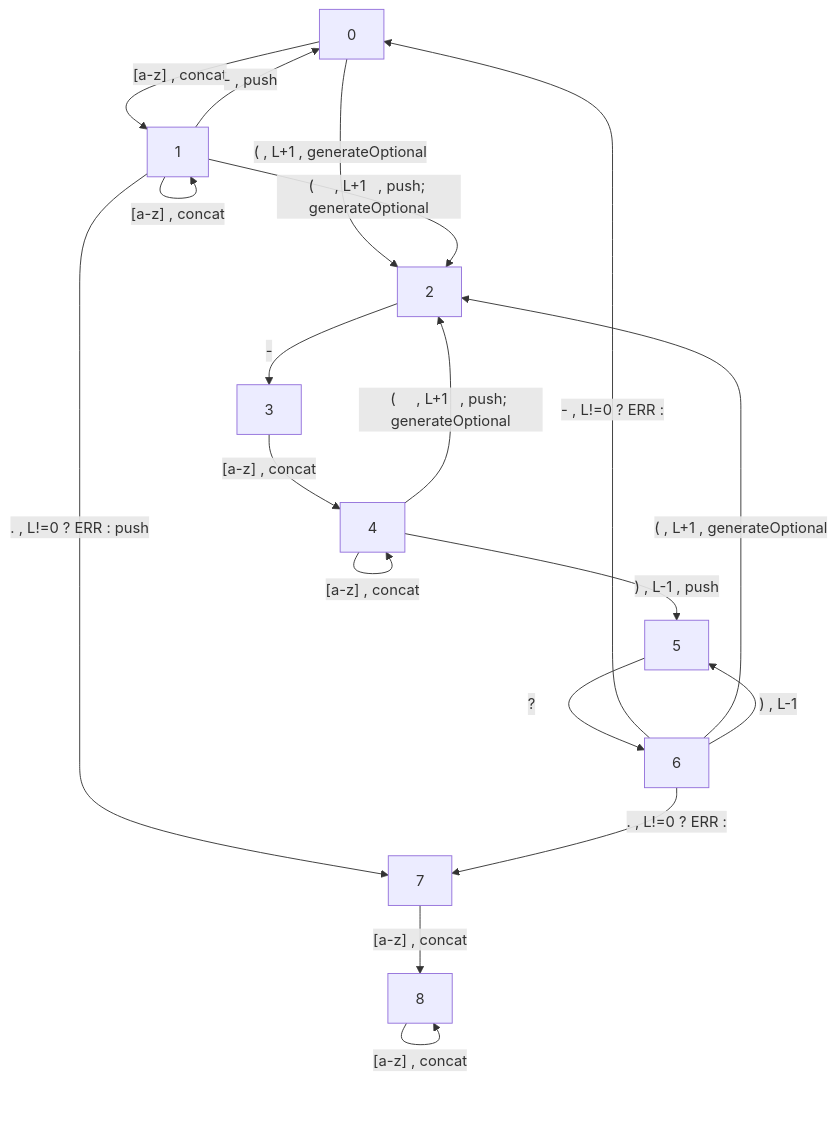
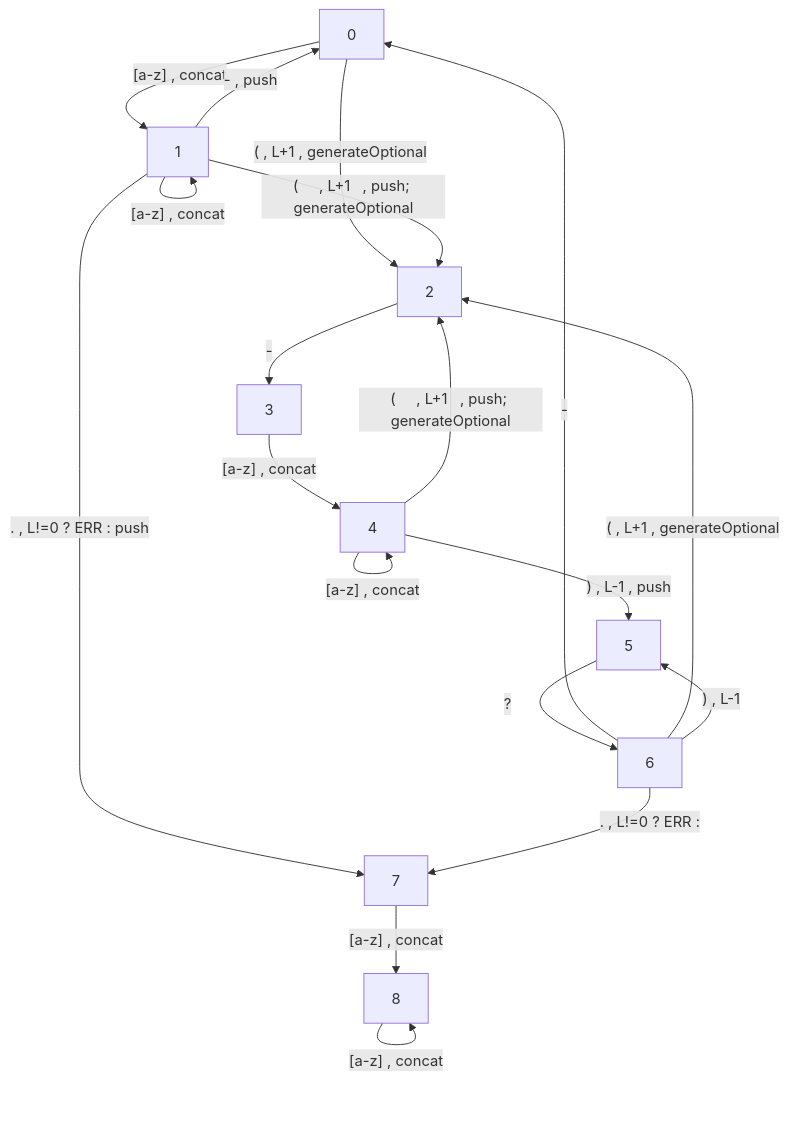
Before and after one commit to csunibo/synta: the diagram in README.md, drawn with Mermaid. The commit also changed 2 other files, not shown here.

Commit message:
Still Not Working, trying to fix nested optional (2)

````diff
--- a/README.md
+++ b/README.md
@@ -73,21 +73,21 @@
 ``` mermaid
 graph TD
 0 -- "[a-z]         , concat"                   --> 1
 0 -- "(     , L+1   , generateOptional"         --> 2
 1 -- "-             , push"                     --> 0
 1 -- "[a-z]         , concat"                   --> 1
 1 -- "(     , L+1   , push; generateOptional"   --> 2
 1 -- ".             , L!=0 ? ERR : push"        --> 7
 2 -- "-               "                         --> 3
 3 -- "[a-z]         , concat"                   --> 4
 4 -- "(     , L+1   , push; generateOptional"   --> 2
 4 -- "[a-z]         , concat"                   --> 4
 4 -- ")     , L-1   , push"                     --> 5
 5 -- "?"                                        --> 6
-6 -- "-             , L!=0 ? ERR : "            --> 0
+6 -- "-               "                         --> 0
 6 -- "(     , L+1   , generateOptional "        --> 2
 6 -- ")     , L-1     "                         --> 5
 6 -- ".             , L!=0 ? ERR : "            --> 7
 7 -- "[a-z]         , concat"                   --> 8
 8 -- "[a-z]         , concat"                   --> 8
 ```
````
